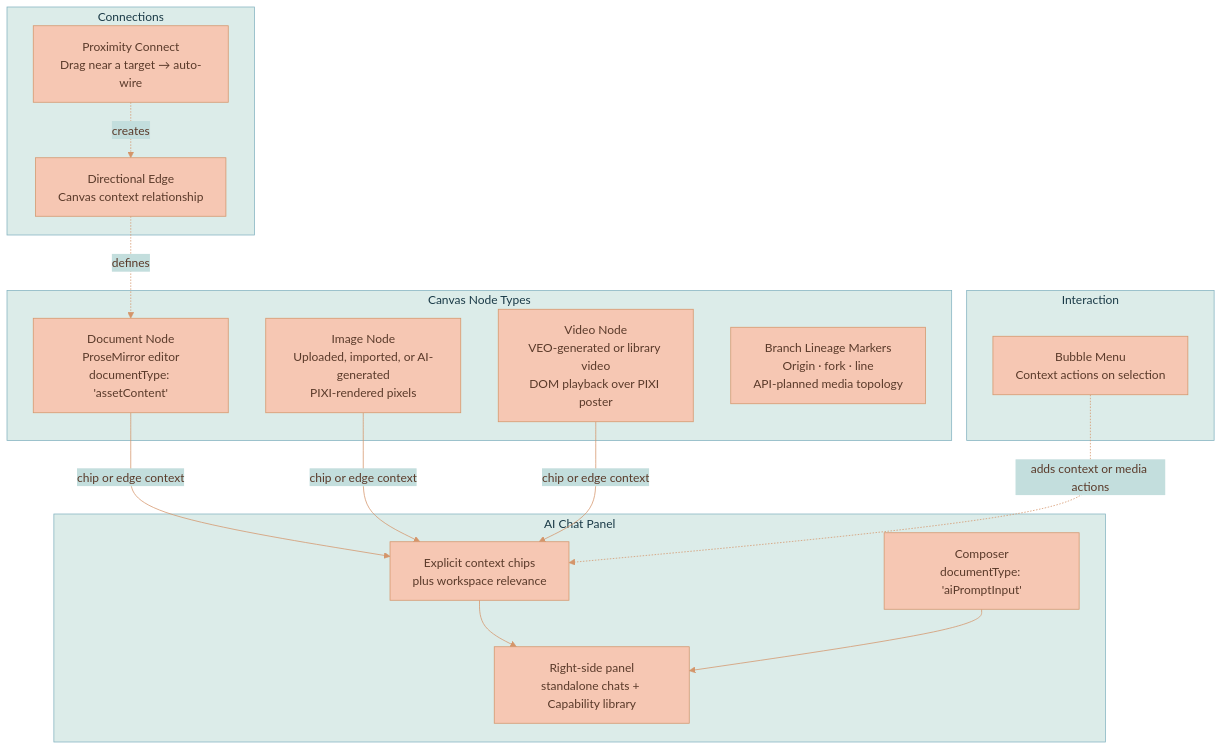
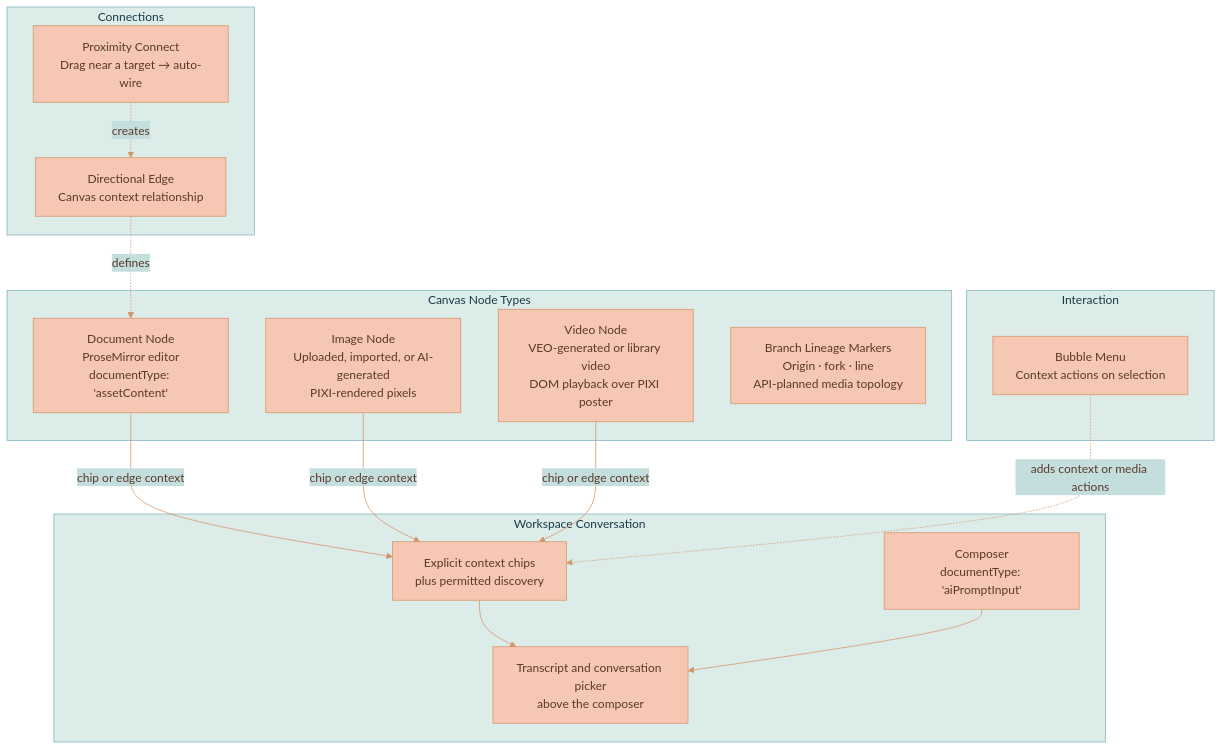
Before and after one commit to Lixpi/lixpi: the first of 7 diagrams in documentation/PRODUCT-OVERVIEW.md, drawn with Mermaid. The commit also changed other lines of this file and 289 other files, not shown here.

Commit message:
LIX-435 # Add persistent agent conversations and media sequence editing

````diff
--- a/documentation/PRODUCT-OVERVIEW.md
+++ b/documentation/PRODUCT-OVERVIEW.md
@@ -23,34 +23,34 @@
 ```mermaid
 %%{init: {'theme': 'base', 'themeVariables': { 'primaryColor': '#F6C7B3', 'primaryTextColor': '#5a3a2a', 'primaryBorderColor': '#d4956a', 'secondaryColor': '#C3DEDD', 'secondaryTextColor': '#1a3a47', 'secondaryBorderColor': '#4a8a9d', 'tertiaryColor': '#DCECE9', 'tertiaryTextColor': '#1a3a47', 'tertiaryBorderColor': '#82B2C0', 'lineColor': '#d4956a', 'textColor': '#5a3a2a'}}}%%
 graph TB
     subgraph "Canvas Node Types"
         Doc[Document Node<br/>ProseMirror editor<br/>documentType: 'assetContent']
         Img[Image Node<br/>Uploaded, imported, or AI-generated<br/>PIXI-rendered pixels]
         Vid[Video Node<br/>VEO-generated or library video<br/>DOM playback over PIXI poster]
         Branch[Branch Lineage Markers<br/>Origin · fork · line<br/>API-planned media topology]
     end
 
-    subgraph "AI Chat Panel"
-        Panel[Right-side panel<br/>standalone chats + Capability library]
-        Chips[Explicit context chips<br/>plus workspace relevance]
+    subgraph "Workspace Conversation"
+        Panel[Transcript and conversation picker<br/>above the composer]
+        Chips[Explicit context chips<br/>plus permitted discovery]
         Composer[Composer<br/>documentType: 'aiPromptInput']
     end
 
     subgraph "Connections"
         Edge[Directional Edge<br/>Canvas context relationship]
         Prox[Proximity Connect<br/>Drag near a target → auto-wire]
     end
 
     subgraph "Interaction"
         Bubble[Bubble Menu<br/>Context actions on selection]
     end
 
     Doc -->|chip or edge context| Chips
     Img -->|chip or edge context| Chips
     Vid -->|chip or edge context| Chips
     Chips --> Panel
     Composer --> Panel
     Edge -.->|defines| Doc
     Prox -.->|creates| Edge
     Bubble -.->|adds context or media actions| Chips
 ```
````
